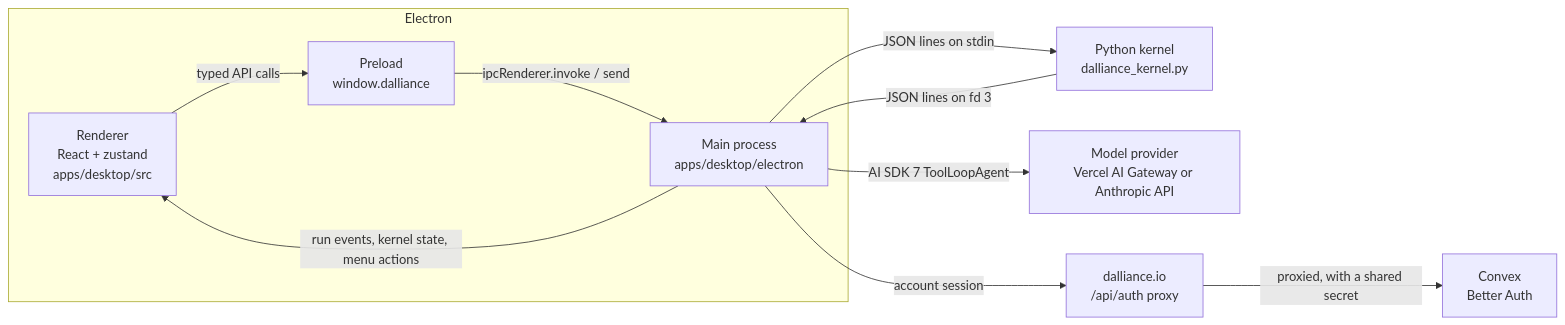
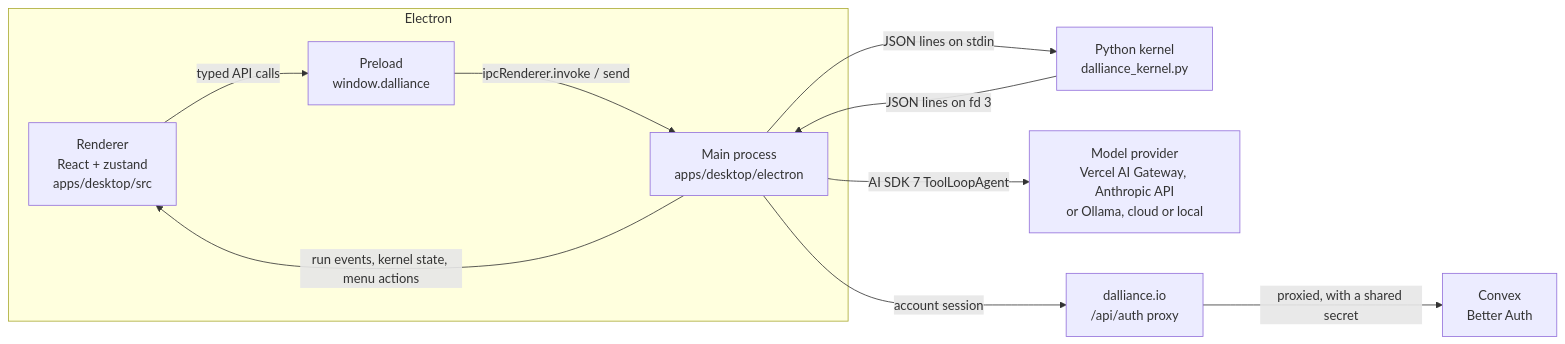
The first of 2 diagrams in docs/architecture.md (amirhesham65/dalliance), drawn with Mermaid before and after one commit. The commit also changed 34 other files, not shown here.

````diff
--- a/docs/architecture.md
+++ b/docs/architecture.md
@@ -5,21 +5,21 @@
 ```mermaid
 flowchart LR
   subgraph Electron
     R["Renderer<br/>React + zustand<br/>apps/desktop/src"]
     P["Preload<br/>window.dalliance"]
     M["Main process<br/>apps/desktop/electron"]
   end
   K["Python kernel<br/>dalliance_kernel.py"]
-  AI["Model provider<br/>Vercel AI Gateway or Anthropic API"]
+  AI["Model provider<br/>Vercel AI Gateway, Anthropic API<br/>or Ollama, cloud or local"]
   W["dalliance.io<br/>/api/auth proxy"]
   C["Convex<br/>Better Auth"]
 
   R -- "typed API calls" --> P
   P -- "ipcRenderer.invoke / send" --> M
   M -- "run events, kernel state, menu actions" --> R
   M -- "JSON lines on stdin" --> K
   K -- "JSON lines on fd 3" --> M
   M -- "AI SDK 7 ToolLoopAgent" --> AI
   M -- "account session" --> W
   W -- "proxied, with a shared secret" --> C
 ```
````
